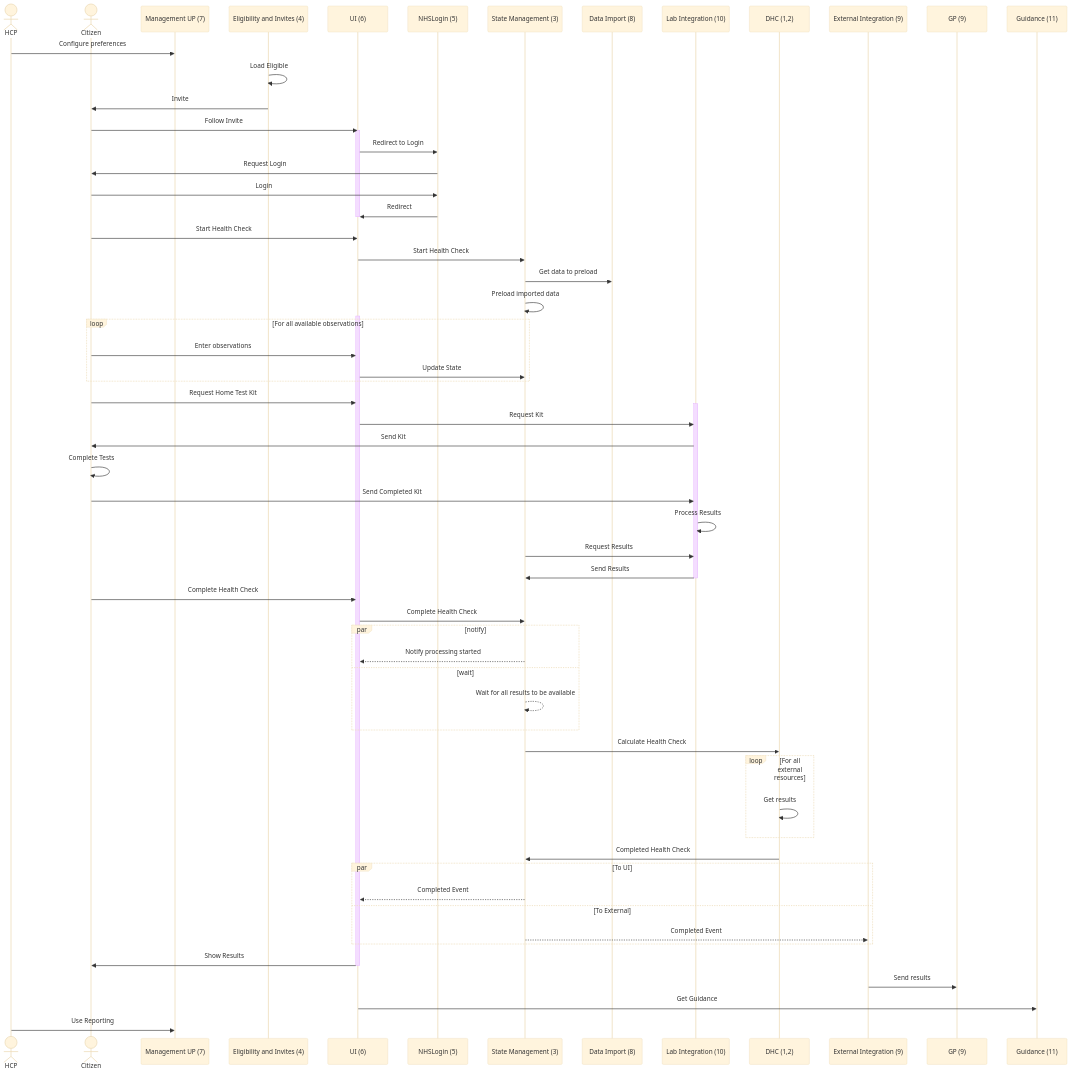
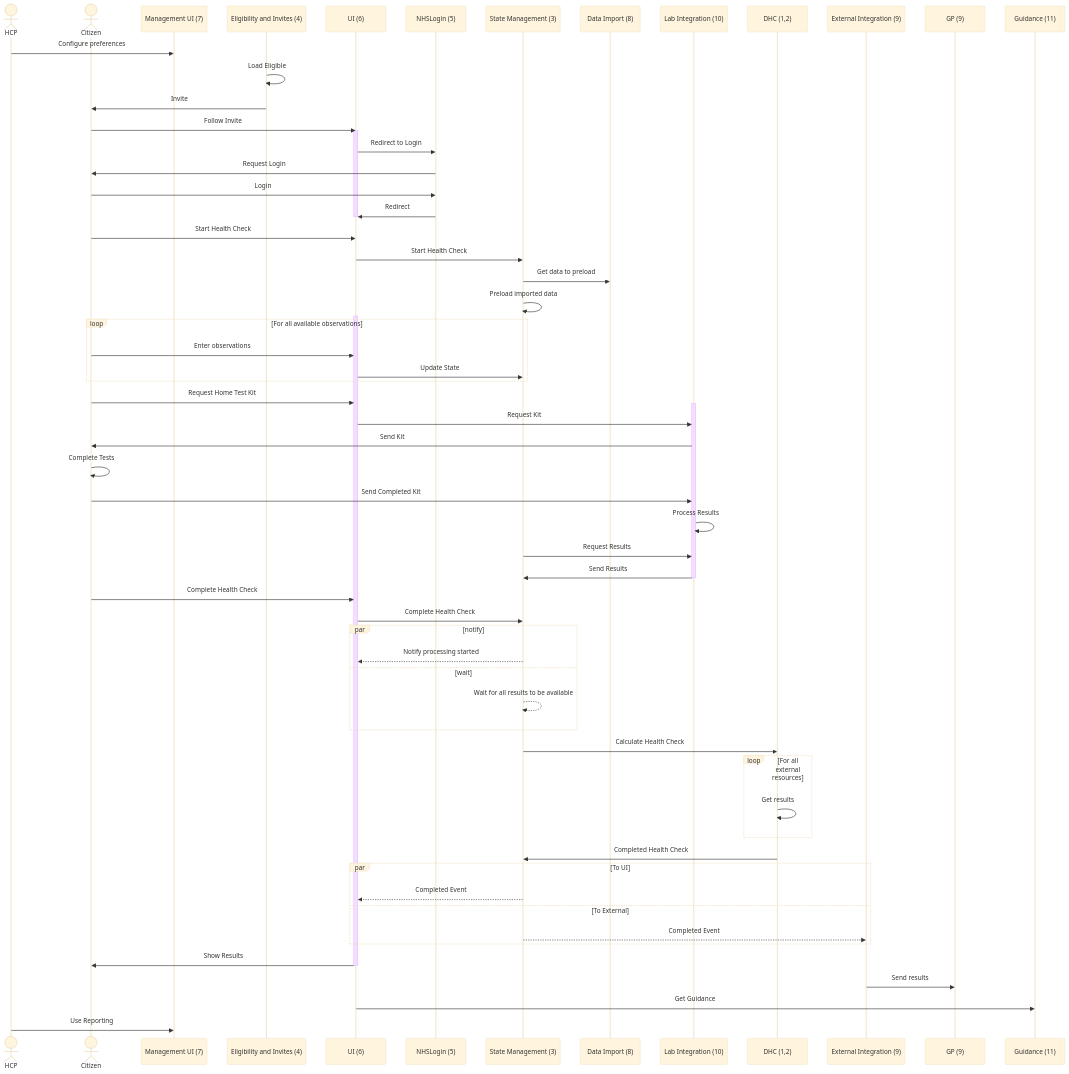
The first of 6 diagrams in docs/digital-health-check/discovery-technical-review.md (nhsexperience/nhs-experience), drawn with Mermaid (base theme) before and after one commit.

Commit message:
correct graph typo

````diff
--- a/docs/digital-health-check/discovery-technical-review.md
+++ b/docs/digital-health-check/discovery-technical-review.md
@@ -72,77 +72,77 @@
 ```mermaid
 sequenceDiagram
     actor HCP
     actor Citizen
-    participant MgmtUI as Management UP (7)
+    participant MgmtUI as Management UI (7)
     participant Invite as Eligibility and Invites (4)
     participant UI as UI (6)
     participant NHSLogin as NHSLogin (5)
     participant StateMgmt as State Management (3)
     participant PreLoad as Data Import (8)
     participant Labs as Lab Integration (10)
     participant DHCProcessor as DHC (1,2)
     participant ExternalIntegration as External Integration (9)
     participant GP as GP (9)
     participant Guidance as Guidance (11)
 
     HCP->>MgmtUI:Configure preferences
     Invite->>Invite: Load Eligible
     Invite->>Citizen: Invite
     Citizen->>UI: Follow Invite
 
     activate UI
         UI->>NHSLogin: Redirect to Login
         NHSLogin->>Citizen: Request Login
         Citizen->>NHSLogin: Login
         NHSLogin->>UI: Redirect
     deactivate UI
 
     Citizen->>UI: Start Health Check
     UI->>StateMgmt: Start Health Check
     StateMgmt->>PreLoad: Get data to preload
     StateMgmt->>StateMgmt: Preload imported data
 
     activate UI
         loop For all available observations
             Citizen->>UI: Enter observations
             UI->>StateMgmt: Update State
         end
 
         Citizen->>UI: Request Home Test Kit
 
         activate Labs
             UI->>Labs: Request Kit
             Labs->>Citizen: Send Kit
             Citizen->>Citizen: Complete Tests
             Citizen->>Labs: Send Completed Kit
             Labs->>Labs: Process Results
             StateMgmt->>Labs: Request Results
             Labs->>StateMgmt: Send Results
         deactivate Labs
 
         Citizen->>UI: Complete Health Check
         UI->>StateMgmt: Complete Health Check
         par notify
             StateMgmt-->>UI: Notify processing started
         and wait
             StateMgmt-->>StateMgmt: Wait for all results to be available
         end
         StateMgmt->>DHCProcessor: Calculate Health Check
 
         loop For all external resources
             DHCProcessor->>DHCProcessor: Get results
         end
 
         DHCProcessor->> StateMgmt: Completed Health Check
         par To UI
             StateMgmt-->>UI: Completed Event
         and To External
             StateMgmt-->>ExternalIntegration: Completed Event
         end
         UI->>Citizen: Show Results 
     deactivate UI
 
     ExternalIntegration->>GP: Send results
     UI->>Guidance: Get Guidance
     HCP->>MgmtUI: Use Reporting
 ```
````
